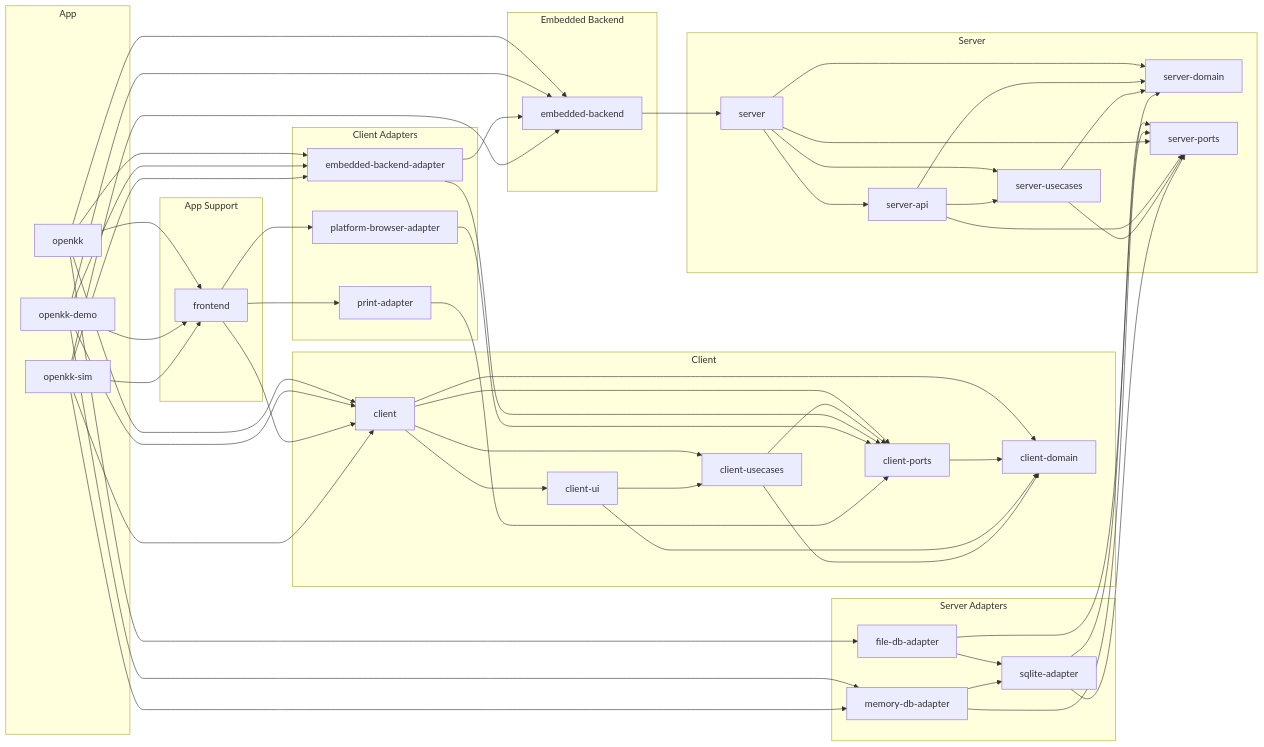
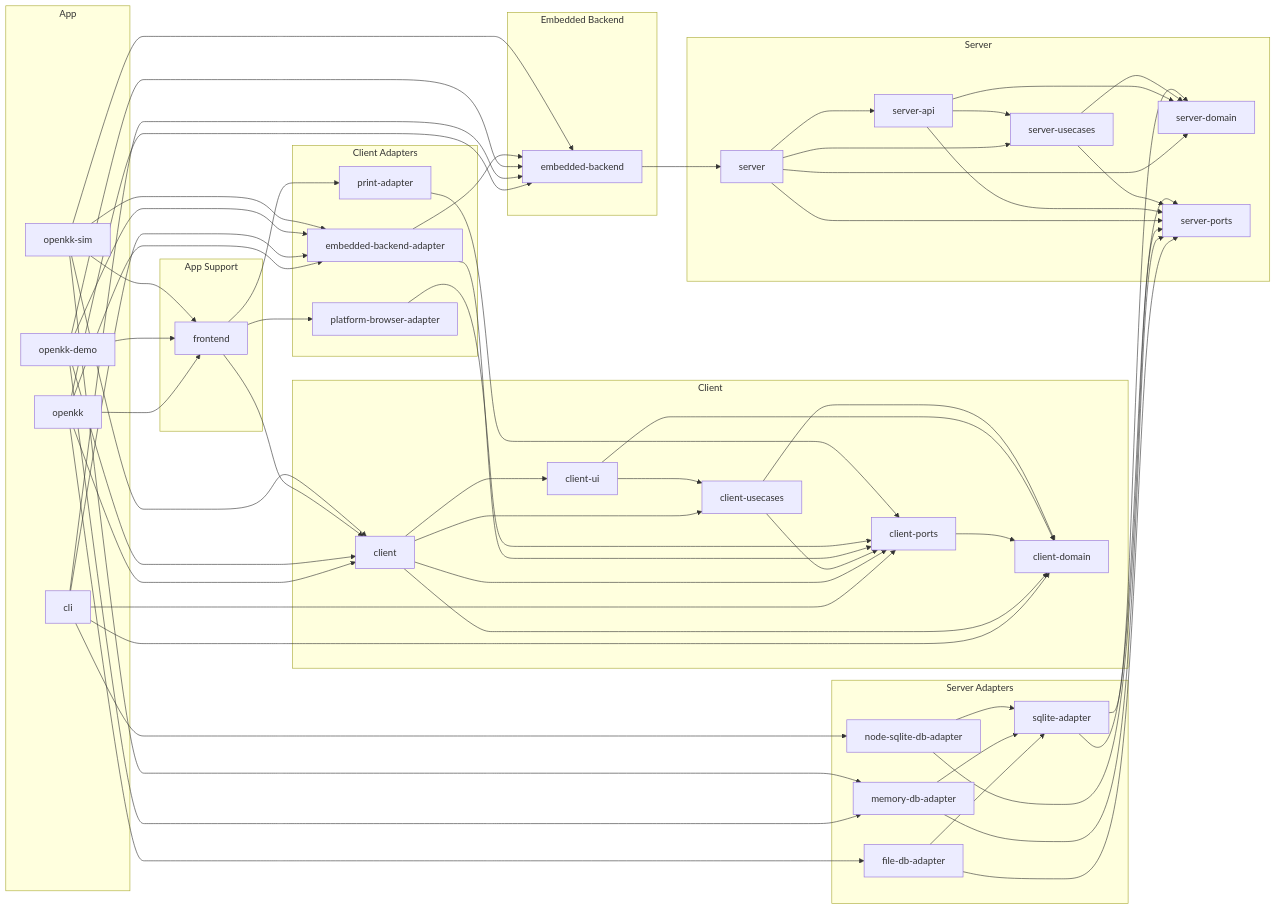
One commit to rubydogjp/openkk changed the diagram in docs/dependency-graph.md. Above: the diagram before and after it, drawn with Mermaid. The commit also changed other lines of this file and 26 other files, not shown here.

First line of the commit message:
feat: CLI 版 (ベータ) の土台として node-sqlite-db-adapter と cli (init・periods) を足す

```diff
--- a/docs/dependency-graph.md
+++ b/docs/dependency-graph.md
@@ -12,6 +12,7 @@
 graph LR
   subgraph app["App"]
     rubydogjp_openkk["openkk"]
+    rubydogjp_openkk_cli["cli"]
     rubydogjp_openkk_demo["openkk-demo"]
     rubydogjp_openkk_sim["openkk-sim"]
   end
@@ -41,6 +42,7 @@
   subgraph server_adapters["Server Adapters"]
     rubydogjp_openkk_file_db_adapter["file-db-adapter"]
     rubydogjp_openkk_memory_db_adapter["memory-db-adapter"]
+    rubydogjp_openkk_node_sqlite_db_adapter["node-sqlite-db-adapter"]
     rubydogjp_openkk_sqlite_adapter["sqlite-adapter"]
   end
 
@@ -57,6 +59,11 @@
   rubydogjp_openkk --> rubydogjp_openkk_embedded_backend_adapter
   rubydogjp_openkk --> rubydogjp_openkk_file_db_adapter
   rubydogjp_openkk --> rubydogjp_openkk_frontend
+  rubydogjp_openkk_cli --> rubydogjp_openkk_client_domain
+  rubydogjp_openkk_cli --> rubydogjp_openkk_client_ports
+  rubydogjp_openkk_cli --> rubydogjp_openkk_embedded_backend
+  rubydogjp_openkk_cli --> rubydogjp_openkk_embedded_backend_adapter
+  rubydogjp_openkk_cli --> rubydogjp_openkk_node_sqlite_db_adapter
   rubydogjp_openkk_client --> rubydogjp_openkk_client_domain
   rubydogjp_openkk_client --> rubydogjp_openkk_client_ports
   rubydogjp_openkk_client --> rubydogjp_openkk_client_ui
@@ -81,6 +88,8 @@
   rubydogjp_openkk_frontend --> rubydogjp_openkk_print_adapter
   rubydogjp_openkk_memory_db_adapter --> rubydogjp_openkk_server_ports
   rubydogjp_openkk_memory_db_adapter --> rubydogjp_openkk_sqlite_adapter
+  rubydogjp_openkk_node_sqlite_db_adapter --> rubydogjp_openkk_server_ports
+  rubydogjp_openkk_node_sqlite_db_adapter --> rubydogjp_openkk_sqlite_adapter
   rubydogjp_openkk_platform_browser_adapter --> rubydogjp_openkk_client_ports
   rubydogjp_openkk_print_adapter --> rubydogjp_openkk_client_ports
   rubydogjp_openkk_server --> rubydogjp_openkk_server_api
```
